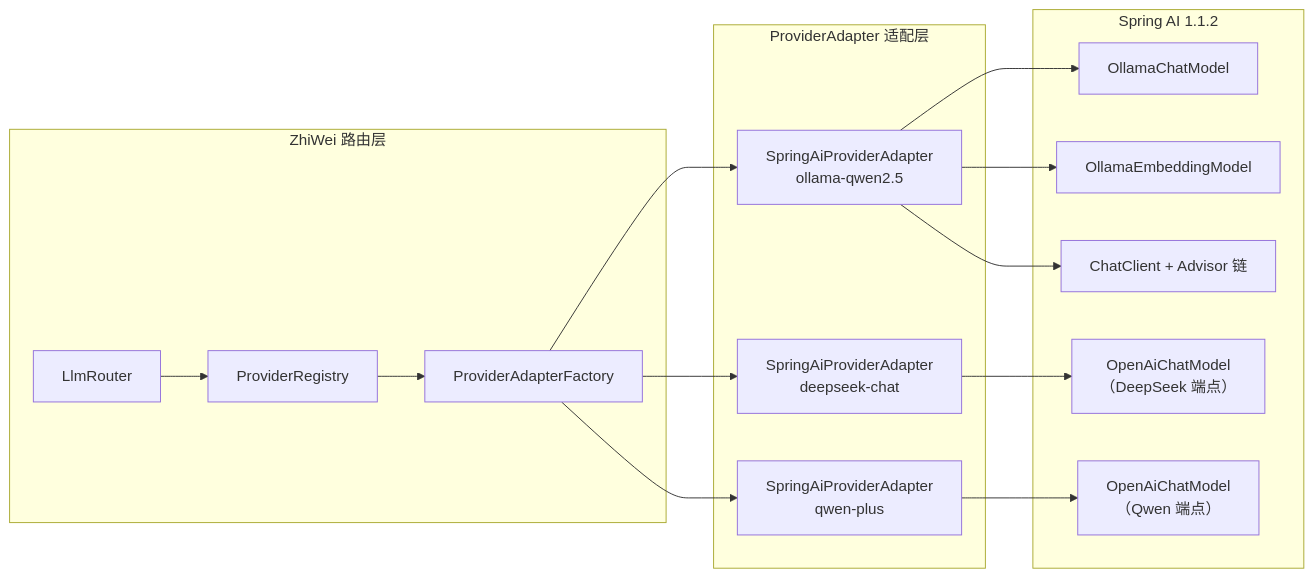
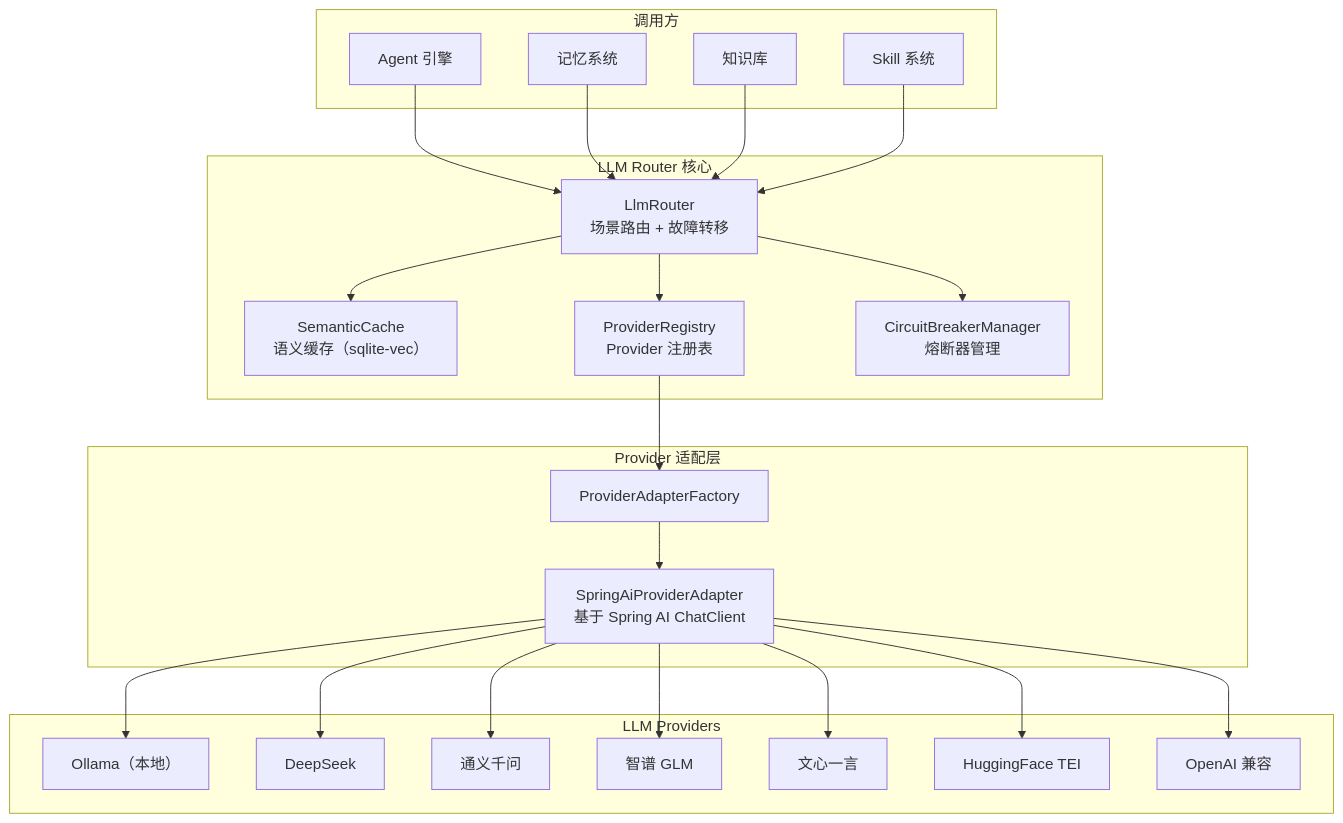
One commit to ntygod/LifePilot changed the first of 2 diagrams in docs/architecture/llm-router.md. Above: the diagram before and after it, drawn with Mermaid. The commit also changed other lines of this file and 1 other file, not shown here.

Commit message:
docs(llm): 重写 llm-router 架构文档和特性文档

````diff
--- a/docs/architecture/llm-router.md
+++ b/docs/architecture/llm-router.md
@@ -1335,23 +13,47 @@
 ```mermaid
-flowchart LR
-    subgraph ZhiWei["ZhiWei 路由层"]
-        LR["LlmRouter"] --> PR["ProviderRegistry"] --> PAF["ProviderAdapterFactory"]
+graph TB
+    subgraph "调用方"
+        AGENT["Agent 引擎"]
+        MEM["记忆系统"]
+        KB["知识库"]
+        SKILL["Skill 系统"]
     end
-    subgraph 适配层["ProviderAdapter 适配层"]
-        SPA1["SpringAiProviderAdapter<br/>ollama-qwen2.5"]
-        SPA2["SpringAiProviderAdapter<br/>deepseek-chat"]
-        SPA3["SpringAiProviderAdapter<br/>qwen-plus"]
+
+    subgraph "LLM Router 核心"
+        ROUTER["LlmRouter<br/>场景路由 + 故障转移"]
+        CACHE["SemanticCache<br/>语义缓存（sqlite-vec）"]
+        REG["ProviderRegistry<br/>Provider 注册表"]
+        CB["CircuitBreakerManager<br/>熔断器管理"]
     end
-    subgraph SpringAI["Spring AI 1.1.2"]
-        CM1["OllamaChatModel"]
-        CM2["OpenAiChatModel<br/>（DeepSeek 端点）"]
-        CM3["OpenAiChatModel<br/>（Qwen 端点）"]
-        EM1["OllamaEmbeddingModel"]
-        CC["ChatClient + Advisor 链"]
+
+    subgraph "Provider 适配层"
+        FACTORY["ProviderAdapterFactory"]
+        ADAPTER["SpringAiProviderAdapter<br/>基于 Spring AI ChatClient"]
     end
-    PAF --> SPA1 & SPA2 & SPA3
-    SPA1 --> CM1 & EM1
-    SPA2 --> CM2
-    SPA3 --> CM3
-    SPA1 --> CC
+
+    subgraph "LLM Providers"
+        OLLAMA["Ollama（本地）"]
+        DS["DeepSeek"]
+        QWEN["通义千问"]
+        GLM["智谱 GLM"]
+        WX["文心一言"]
+        TEI["HuggingFace TEI"]
+        OAI["OpenAI 兼容"]
+    end
+
+    AGENT --> ROUTER
+    MEM --> ROUTER
+    KB --> ROUTER
+    SKILL --> ROUTER
+    ROUTER --> CACHE
+    ROUTER --> REG
+    ROUTER --> CB
+    REG --> FACTORY --> ADAPTER
+    ADAPTER --> OLLAMA
+    ADAPTER --> DS
+    ADAPTER --> QWEN
+    ADAPTER --> GLM
+    ADAPTER --> WX
+    ADAPTER --> TEI
+    ADAPTER --> OAI
 ```
````
